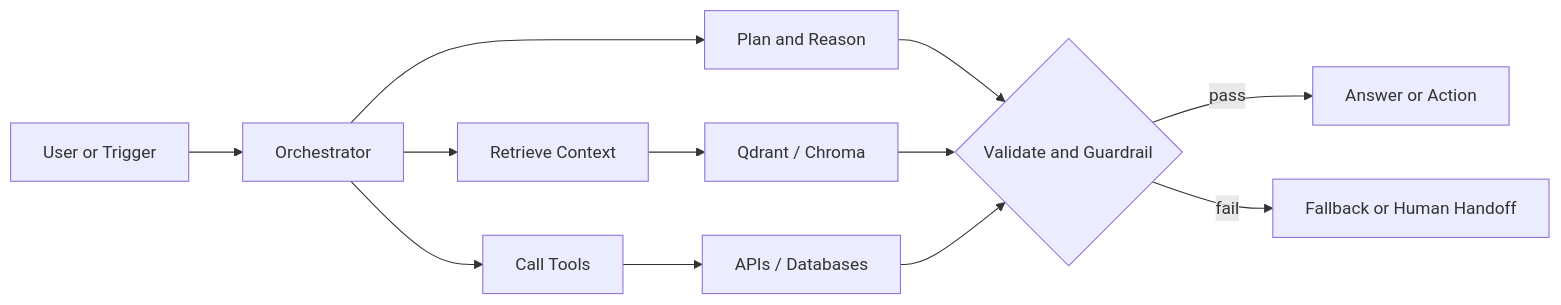
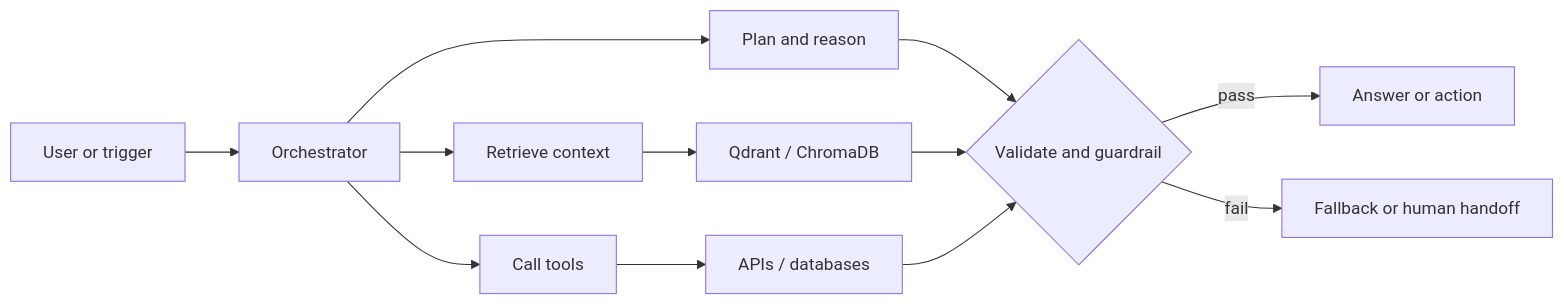
One commit to roydonsequeira/roydonsequeira changed the second of 2 diagrams in README.md. Above: the diagram before and after it, drawn with Mermaid. The commit also changed other lines of this file and 23 other files, not shown here.

````diff
--- a/README.md
+++ b/README.md
@@ -99,14 +121,14 @@
 ```mermaid
 flowchart LR
-    INPUT["User or Trigger"] --> ORCH["Orchestrator"]
-    ORCH --> PLAN["Plan and Reason"]
-    ORCH --> RETRIEVE["Retrieve Context"]
-    ORCH --> TOOLS["Call Tools"]
-    RETRIEVE --> VECTOR["Qdrant / Chroma"]
-    TOOLS --> SYSTEMS["APIs / Databases"]
-    PLAN --> CHECK{"Validate and Guardrail"}
-    VECTOR --> CHECK
-    SYSTEMS --> CHECK
-    CHECK -->|pass| ANSWER["Answer or Action"]
-    CHECK -->|fail| ESCALATE["Fallback or Human Handoff"]
+    IN["User or trigger"] --> ORCH["Orchestrator"]
+    ORCH --> PLAN["Plan and reason"]
+    ORCH --> RET["Retrieve context"]
+    ORCH --> TOOLS["Call tools"]
+    RET --> VEC["Qdrant / ChromaDB"]
+    TOOLS --> SYS["APIs / databases"]
+    PLAN --> CHECK{"Validate and guardrail"}
+    VEC --> CHECK
+    SYS --> CHECK
+    CHECK -->|pass| OUT["Answer or action"]
+    CHECK -->|fail| ESC["Fallback or human handoff"]
 ```
````
